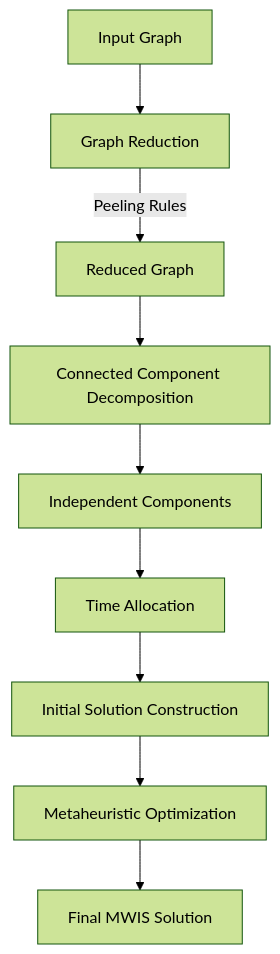
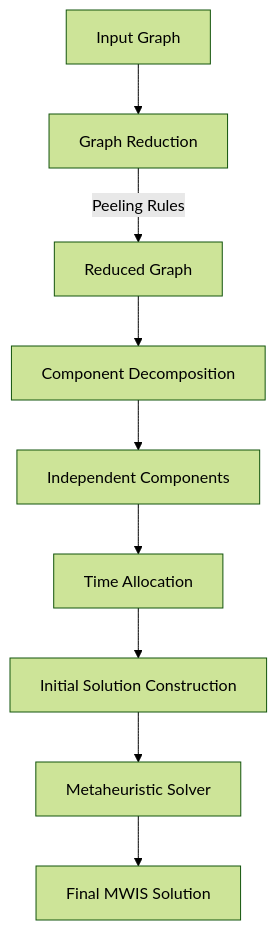
The diagram in README.md (ashutosh-kumar01/mwis-metaheuristic-solver), drawn with Mermaid (forest theme) before and after one commit. The commit also changed other lines of this file, not shown here.

Commit message:
corrected readme

````diff
--- a/README.md
+++ b/README.md
@@ -118,11 +118,11 @@
 ```mermaid
 graph TD;
     A[Input Graph] --> B[Graph Reduction];
     B -->|Peeling Rules| C[Reduced Graph];
-    C --> D[Connected Component Decomposition];
+    C --> D[Component Decomposition];
     D --> E[Independent Components];
     E --> F[Time Allocation];
     F --> G[Initial Solution Construction];
-    G --> H[Metaheuristic Optimization];
+    G --> H[Metaheuristic Solver];
     H --> I[Final MWIS Solution];
 ```
````
